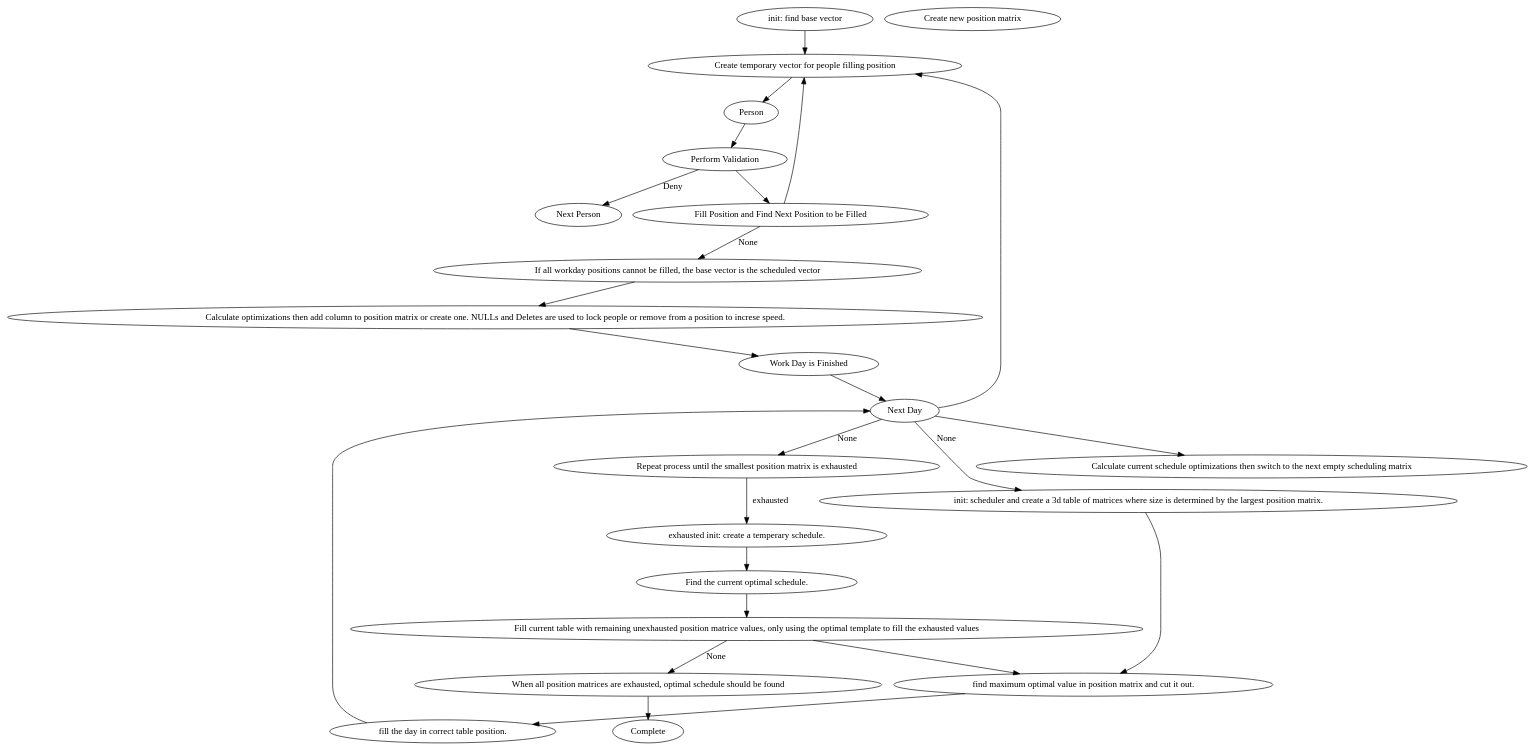
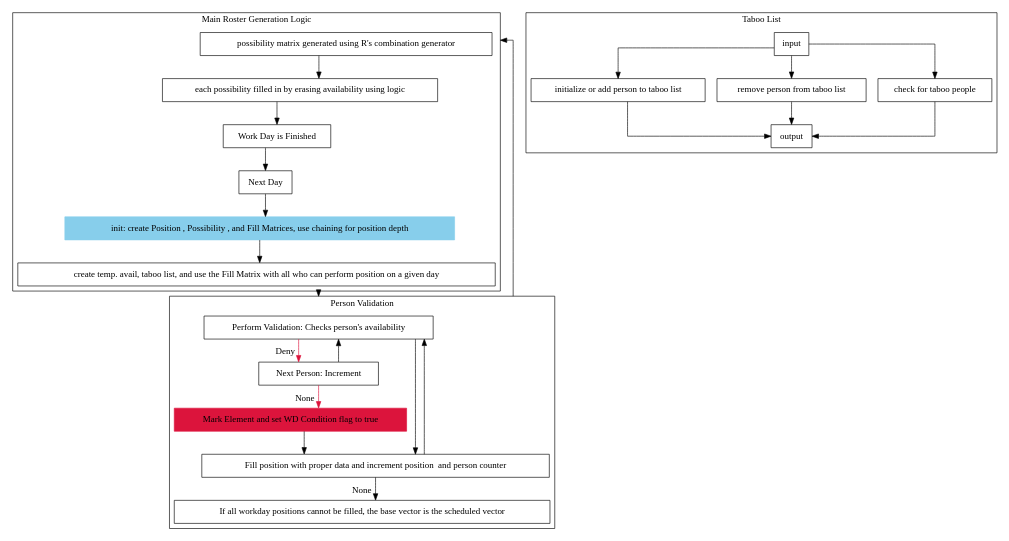
Before and after one commit to k-cross/employee_scheduler: the diagram in Report/DAG.dot, drawn with Graphviz. The commit also changed 6 other files, not shown here.

Commit message:
Architectural Change Planning

```diff
--- a/Report/DAG.dot
+++ b/Report/DAG.dot
@@ -1,57 +1,95 @@
 digraph algorithm{
-    /* Staff Roster Generated Variables */
 
-    ros_init [label = "init: find base vector"]
-    position [label = "Create temporary vector for people filling position"]
-    person [label = "Person"]
-    next_person [label = "Next Person"]
-    validate [label = "Perform Validation"]
-    fill_position [label = "Fill Position and Find Next Position to be Filled"]
-    wd_condition [label = "If all workday positions cannot be filled, the base vector is the scheduled vector"]
-    wd_position_matrix [label = "Calculate optimizations then add column to position matrix or create one. NULLs and Deletes are used to lock people or remove from a position to increse speed."]
-    wd_finish [label = "Work Day is Finished"]
-    next_day [label = "Next Day"]
-    new_wd_pos_mat [label = "Create new position matrix"]
+    /* Default Graph Options */
+
+    node [shape = rectangle]
+    compound = true;
+    splines = ortho;
+
+
+    /* Position Matrix Generated Variables */
+
+    /* Need to modify */
+    subgraph cluster0 {
+        label = "Person Validation";
+        validate [label = "Perform Validation: Checks person's availability"];
+        next_person [label = "Next Person: Increment"];
+        no_person [label = "Mark Element and set WD Condition flag to true", style = filled, color = crimson];
+        wd_condition [label = "If all workday positions cannot be filled, the base vector is the scheduled vector"];
+        fill_position [label = "Fill position with proper data and increment position  and person counter"];
+
+        validate -> next_person [xlabel = "Deny ", color = crimson];
+        validate -> fill_position;
+        next_person -> validate;
+        next_person -> no_person [xlabel = "None ", color = crimson];
+        no_person -> fill_position;
+        fill_position -> wd_condition [xlabel = "None "];
+        fill_position -> validate;
+    }
+
+    subgraph cluster1 {
+        label = "Taboo List";
+        taboo_input [label = "input"];
+        add_taboo [label = "initialize or add person to taboo list"];
+        remove_taboo [label = "remove person from taboo list"];
+        check_taboo [label = "check for taboo people"];
+        taboo_output [label = "output"];
+
+        taboo_input -> add_taboo -> taboo_output;
+        taboo_input -> remove_taboo -> taboo_output;
+        taboo_input -> check_taboo -> taboo_output;
+    }
+
+    subgraph cluster2 {
+        label = "Main Roster Generation Logic";
+        pos_matrix_init [label = "init: create Position , Possibility , and Fill Matrices, use chaining for position depth", style = filled, color = skyblue];
+        next_day [label = "Next Day"];
+        temps [label = "create temp. avail, taboo list, and use the Fill Matrix with all who can perform position on a given day"];
+        possibility_calc [label = "possibility matrix generated using R's combination generator"];
+        position_calc [label = "each possibility filled in by erasing availability using logic"]; //Since all positions generated, use people incrementors instead of position
+        wd_finish [label = "Work Day is Finished"];
+
+        pos_matrix_init -> temps; 
+        possibility_calc -> position_calc -> wd_finish;
+        wd_finish -> next_day -> pos_matrix_init;
+    }
+
+
+    /* Position Matrix Generation Logic */
+
+    temps -> validate [ltail = cluster2, lhead = cluster0];
+    fill_position -> possibility_calc [ltail = cluster0, lhead = cluster2];
+
 
     /* Schedule Generation Variables */
-    sch_init [label = "init: scheduler and create a 3d table of matrices where size is determined by the largest position matrix."]
-    find_max_pos [label = "find maximum optimal value in position matrix and cut it out."]
-    fill_day [label = "fill the day in correct table position."]
-    next_day [label = "Next Day"]
-    incr_elm [label = "Calculate current schedule optimizations then switch to the next empty scheduling matrix"]
-    repeat [label = "Repeat process until the smallest position matrix is exhausted"]
-    exhaust_init [label = "exhausted init: create a temperary schedule."] 
-    find_max_sch [label = "Find the current optimal schedule."]
-    fill_remaining [label = "Fill current table with remaining unexhausted position matrice values, only using the optimal template to fill the exhausted values"]
-    all_exhaust [label = "When all position matrices are exhausted, optimal schedule should be found"]
+
+/*
+    subgraph cluster3 {
+        sch_init [label = "init: scheduler and create a 3d table of matrices where depth is determined by the largest position matrix.", style = filled, color = skyblue];
+        find_max_pos [label = "find maximum optimal value in position matrix and cut it out."];
+        fill_day [label = "fill the day in correct table position."];
+        incr_elm [label = "Calculate current schedule optimizations then switch to the next empty scheduling matrix"];
+        repeat [label = "Repeat process until the smallest position matrix is exhausted"];
+        exhaust_init [label = "exhausted init: create a temperary schedule"];
+        find_max_sch [label = "Find the current optimal schedule"];
+        fill_remaining [label = "Fill current table with remaining unexhausted position matrice values, only using the optimal template to fill the exhausted values"];
+        all_exhaust [label = "When all position matrices are exhausted, optimal schedule should be found"];
+    }
+
     complete [label = "Complete"]
-
-    /* Roster Generation Logic */
-
-    ros_init -> position;
-    position -> person;
-    person -> validate;
-    validate -> next_person [label = "Deny"];
-    validate -> fill_position;
-    fill_position -> position;
-    fill_position -> wd_condition [label = "None"];
-    wd_condition -> wd_position_matrix;
-    wd_position_matrix -> wd_finish;
-    wd_finish -> next_day;
-    next_day -> position;
-    next_day -> sch_init [label = "None"];
+*/
 
     /* Schedule Generation Logic */
-
+/*
     sch_init -> find_max_pos;
     find_max_pos -> fill_day;
-    fill_day -> next_day;
-    next_day -> incr_elm;
-    next_day -> repeat [label = "None"];
-    repeat -> exhaust_init [label = "exhausted"];
+    fill_day -> repeat;
+    incr_elm -> exhaust_init;
+    repeat -> exhaust_init [xlabel = "exhausted "];
     exhaust_init -> find_max_sch;
     find_max_sch -> fill_remaining;
     fill_remaining -> find_max_pos;
-    fill_remaining -> all_exhaust [label = "None"];
+    fill_remaining -> all_exhaust [xlabel = "None "];
     all_exhaust -> complete;
+*/
 }
```
